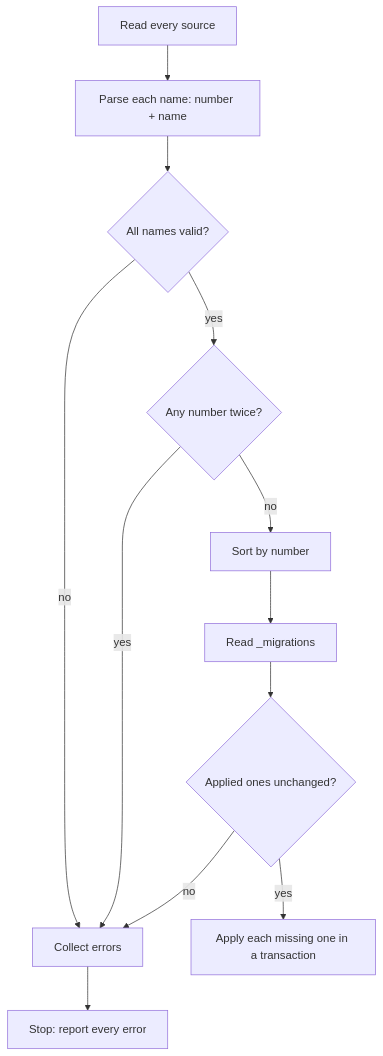
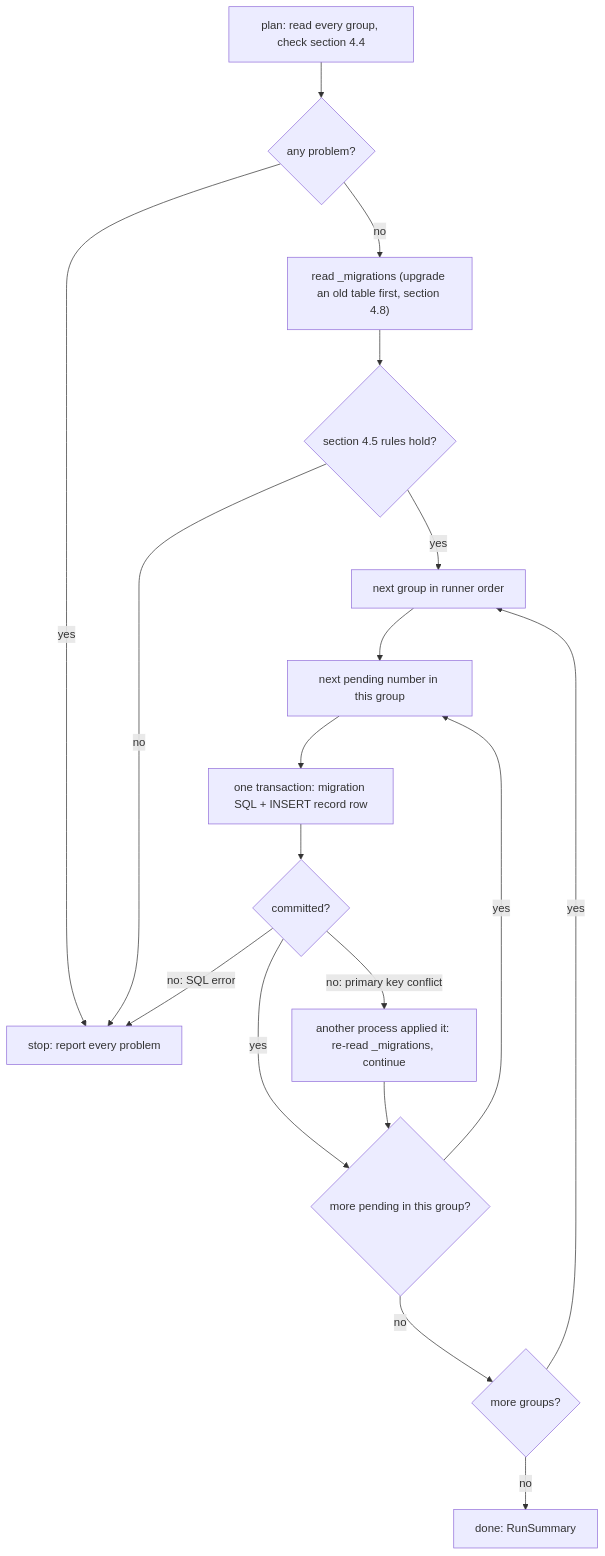
One commit to ewe-studios/ewe_platform changed the second of 2 diagrams in specifications/65-agent-rpc-serving-system/features/07-pluggable-agent-rpc/migrations.md. Above: the diagram before and after it, drawn with Mermaid. The commit also changed other lines of this file and 1 other file, not shown here.

First line of the commit message:
spec(65/07): migrations as ordered groups per database

````diff
--- a/specifications/65-agent-rpc-serving-system/features/07-pluggable-agent-rpc/migrations.md
+++ b/specifications/65-agent-rpc-serving-system/features/07-pluggable-agent-rpc/migrations.md
@@ -189,14 +338,20 @@
 ```mermaid
 flowchart TD
-    A["Read every source"] --> B["Parse each name: number + name"]
-    B --> C{"All names valid?"}
-    C -- no --> E["Collect errors"]
-    C -- yes --> D{"Any number twice?"}
-    D -- yes --> E
-    D -- no --> F["Sort by number"]
-    F --> G["Read _migrations"]
-    G --> H{"Applied ones unchanged?"}
-    H -- no --> E
-    H -- yes --> I["Apply each missing one in a transaction"]
-    E --> X["Stop: report every error"]
+    A["plan: read every group, check section 4.4"] --> B{"any problem?"}
+    B -- yes --> X["stop: report every problem"]
+    B -- no --> C["read _migrations (upgrade an old table first, section 4.8)"]
+    C --> D{"section 4.5 rules hold?"}
+    D -- no --> X
+    D -- yes --> E["next group in runner order"]
+    E --> F["next pending number in this group"]
+    F --> G["one transaction: migration SQL + INSERT record row"]
+    G --> H{"committed?"}
+    H -- "no: primary key conflict" --> I["another process applied it: re-read _migrations, continue"]
+    H -- "no: SQL error" --> X
+    H -- yes --> J{"more pending in this group?"}
+    I --> J
+    J -- yes --> F
+    J -- no --> K{"more groups?"}
+    K -- yes --> E
+    K -- no --> Z["done: RunSummary"]
 ```
````
